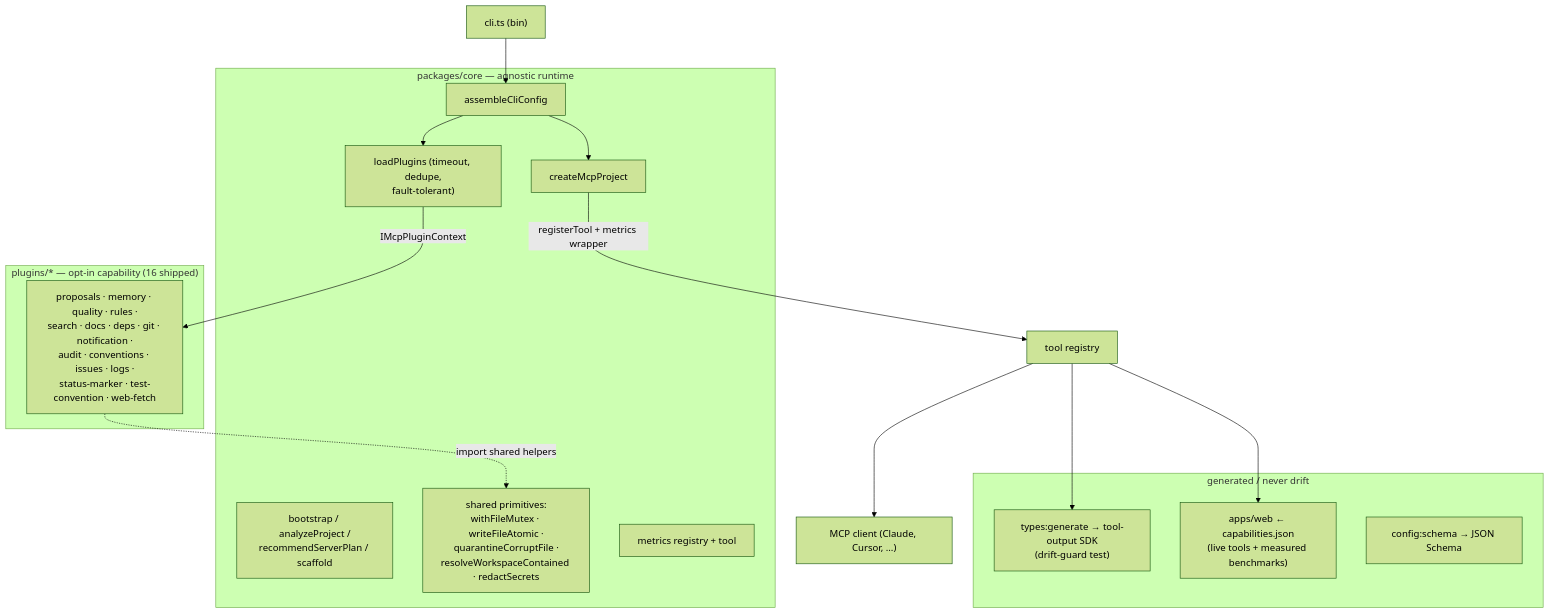
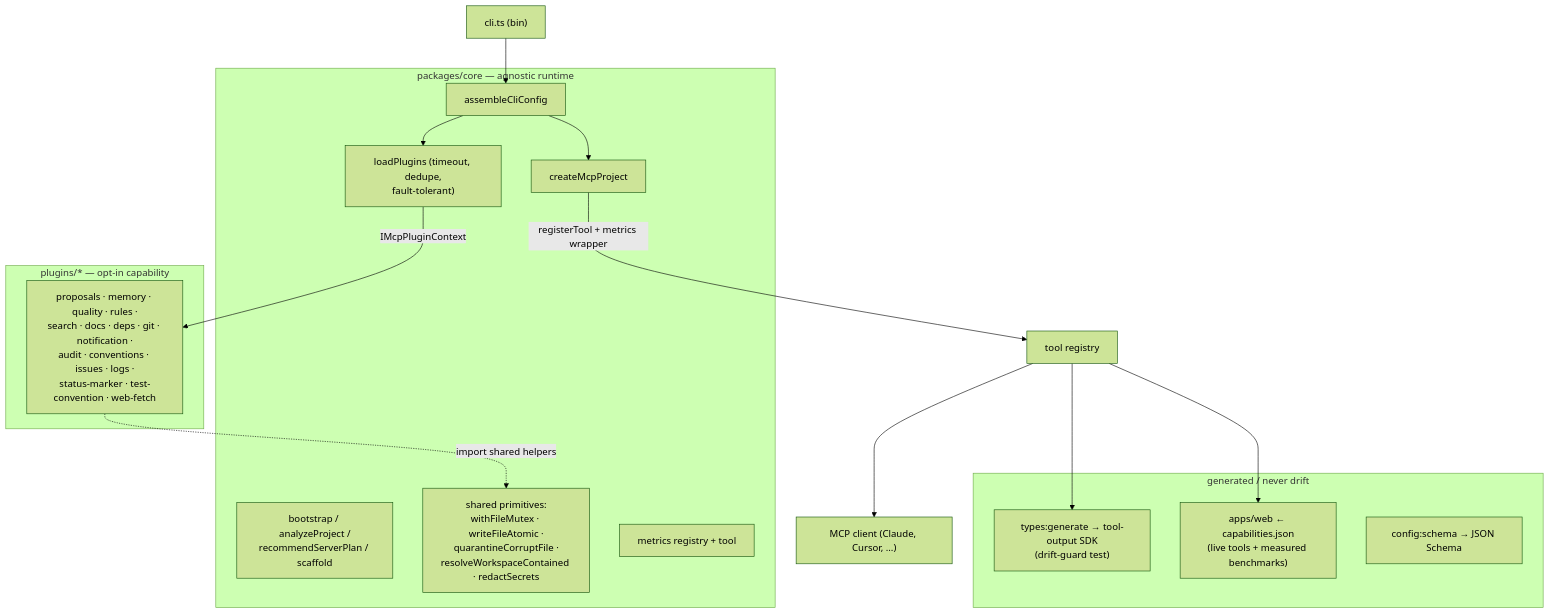
Before and after one commit to CartagoGit/DelendAI: the diagram in docs/mcp-vertex/ARCHITECTURE.md, drawn with Mermaid (forest theme). The commit also changed other lines of this file and 1 other file, not shown here.

Commit message:
docs: stop claiming a branch protection and a plugin count that are false
q00016 S9.

`drift.yml` opened with "Required status check on `develop` and `main`".
`.github/branch-protection.ts` is the source of truth and says the
opposite on purpose: `develop` is a deliberately unprotected snapshot
journal a swarm pushes to, and `main` is the protected boundary whose
single required aggregate is `ci-complete`. The comment sent more than
one reader — me included, earlier today — looking for a protection rule
that does not exist. The workflow still matters; it just is not gated on.

`ARCHITECTURE.md` said "16 shipped" plugins next to a directory holding
56, and pointed at `scripts/*` for infrastructure that moved to
`tools/scripts/*` some time ago. The count is now simply omitted: a
hand-maintained number in prose is guaranteed to be wrong again, and the
generated registry already answers it.

````diff
--- a/docs/mcp-vertex/ARCHITECTURE.md
+++ b/docs/mcp-vertex/ARCHITECTURE.md
@@ -16,32 +16,32 @@
 ```mermaid
 graph TD
     CLI["cli.ts (bin)"] --> ASM["assembleCliConfig"]
     ASM --> LOAD["loadPlugins (timeout, dedupe,<br/>fault-tolerant)"]
     ASM --> SRV["createMcpProject"]
     LOAD -->|"IMcpPluginContext"| PLUGINS
     SRV -->|"registerTool + metrics wrapper"| REG["tool registry"]
 
     subgraph core["packages/core — agnostic runtime"]
         ASM
         LOAD
         SRV
         BOOT["bootstrap / analyzeProject /<br/>recommendServerPlan / scaffold"]
         SHARED["shared primitives:<br/>withFileMutex · writeFileAtomic ·<br/>quarantineCorruptFile ·<br/>resolveWorkspaceContained · redactSecrets"]
         METRICS["metrics registry + tool"]
     end
 
-    subgraph plugins["plugins/* — opt-in capability (16 shipped)"]
+    subgraph plugins["plugins/* — opt-in capability"]
         PLUGINS["proposals · memory · quality · rules ·<br/>search · docs · deps · git · notification ·<br/>audit · conventions · issues · logs ·<br/>status-marker · test-convention · web-fetch"]
     end
 
     PLUGINS -.->|"import shared helpers"| SHARED
     REG --> CLIENT["MCP client (Claude, Cursor, …)"]
 
     subgraph derived["generated / never drift"]
         SDK["types:generate → tool-output SDK<br/>(drift-guard test)"]
         WEB["apps/web ← capabilities.json<br/>(live tools + measured benchmarks)"]
         SCHEMA["config:schema → JSON Schema"]
     end
     REG --> SDK
     REG --> WEB
 ```
````
